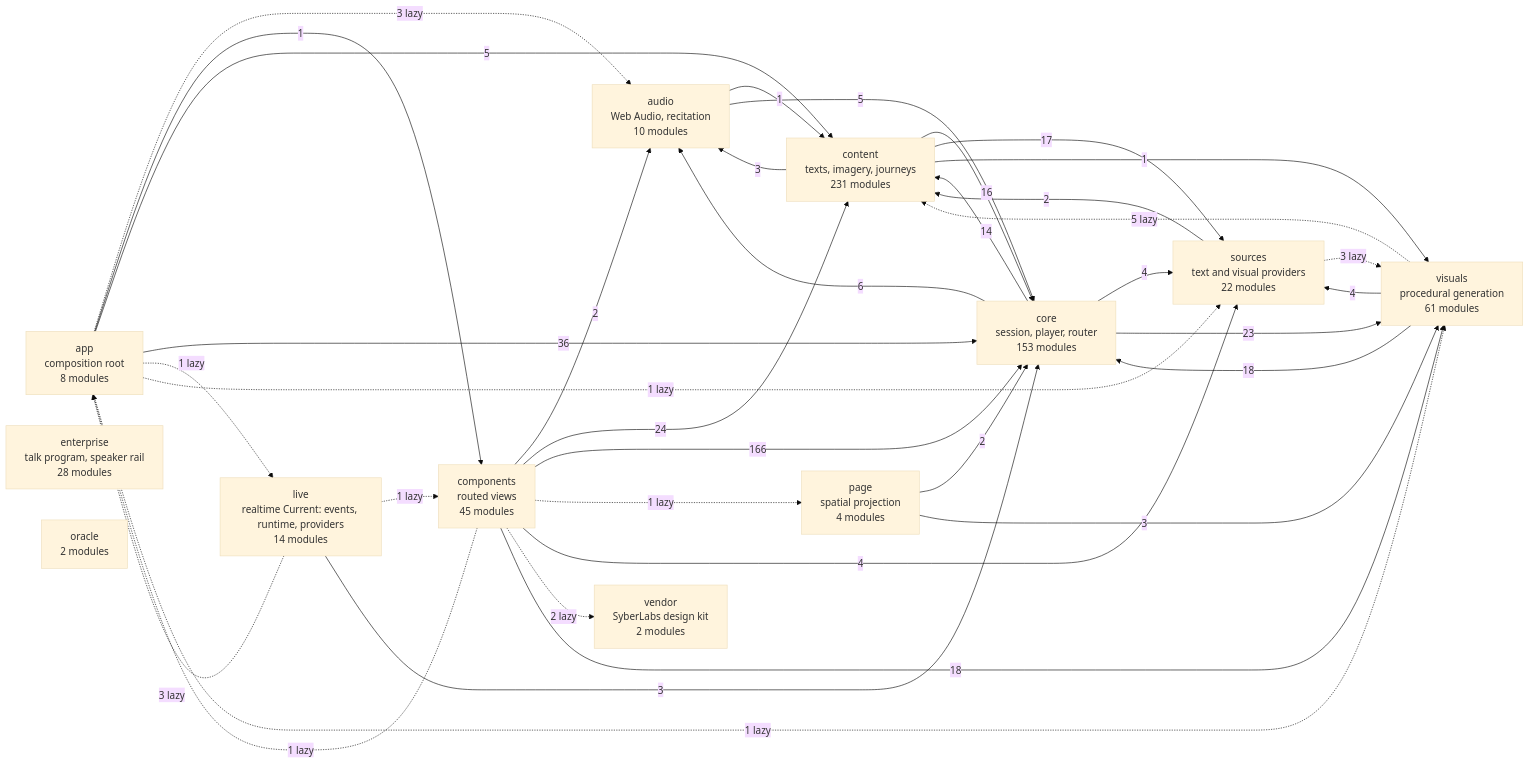
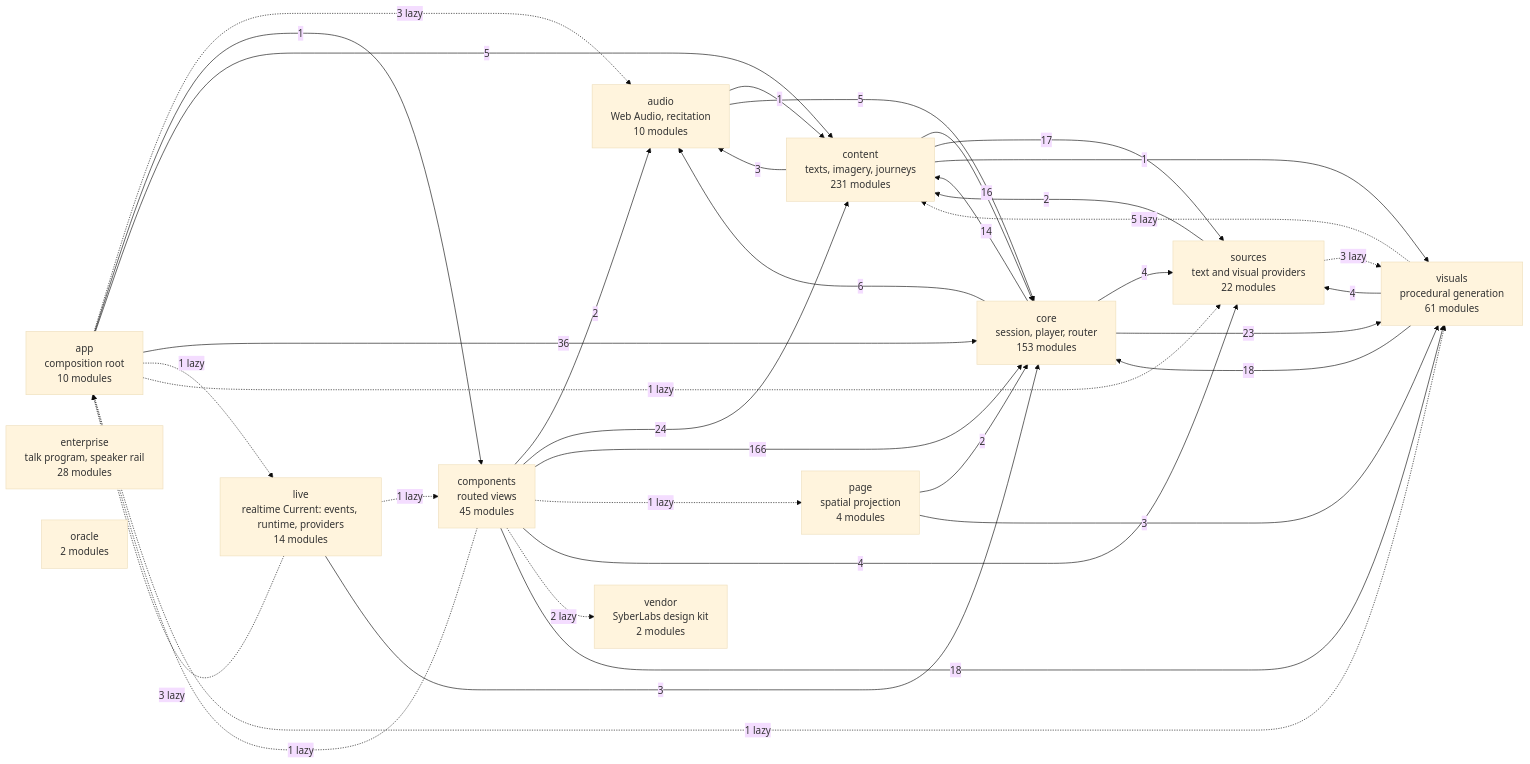
One commit to SyberLabs/RISE changed the diagram in docs/specs/ARCHITECTURE.md. Above: the diagram before and after it, drawn with Mermaid (base theme).

Commit message:
Regenerate the import diagram

````diff
--- a/docs/specs/ARCHITECTURE.md
+++ b/docs/specs/ARCHITECTURE.md
@@ -160,51 +160,51 @@
 ```mermaid
 flowchart LR
-    app["app<br/>composition root<br/>8 modules"]
+    app["app<br/>composition root<br/>10 modules"]
     audio["audio<br/>Web Audio, recitation<br/>10 modules"]
     components["components<br/>routed views<br/>45 modules"]
     content["content<br/>texts, imagery, journeys<br/>231 modules"]
     core["core<br/>session, player, router<br/>153 modules"]
     enterprise["enterprise<br/>talk program, speaker rail<br/>28 modules"]
     live["live<br/>realtime Current: events, runtime, providers<br/>14 modules"]
     oracle["oracle<br/>2 modules"]
     page["page<br/>spatial projection<br/>4 modules"]
     sources["sources<br/>text and visual providers<br/>22 modules"]
     vendor["vendor<br/>SyberLabs design kit<br/>2 modules"]
     visuals["visuals<br/>procedural generation<br/>61 modules"]
 
     app -.-> |3 lazy| audio
     app --> |1| components
     app --> |5| content
     app --> |36| core
     app -.-> |1 lazy| live
     app -.-> |1 lazy| sources
     app -.-> |1 lazy| visuals
     audio --> |1| content
     audio --> |5| core
     components -.-> |1 lazy| app
     components --> |2| audio
     components --> |24| content
     components --> |166| core
     components -.-> |1 lazy| page
     components --> |4| sources
     components -.-> |2 lazy| vendor
     components --> |18| visuals
     content --> |3| audio
     content --> |16| core
     content --> |17| sources
     content --> |1| visuals
     core --> |6| audio
     core --> |14| content
     core --> |4| sources
     core --> |23| visuals
     live -.-> |3 lazy| app
     live -.-> |1 lazy| components
     live --> |3| core
     page --> |2| core
     page --> |3| visuals
     sources --> |2| content
     sources -.-> |3 lazy| visuals
     visuals -.-> |5 lazy| content
     visuals --> |18| core
     visuals --> |4| sources
 ```
````
